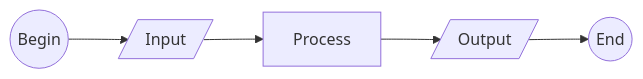
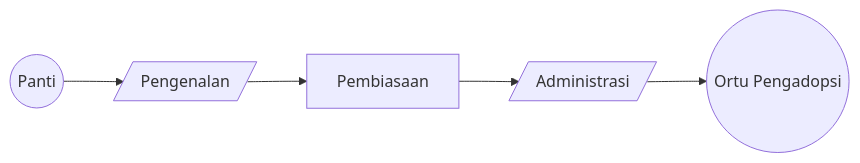
The second of 2 diagrams in content/notes/hello-world.md (ayodyaadhi01/lecture-notes), drawn with Mermaid before and after one commit. The commit also changed other lines of this file, not shown here.

```diff
--- a/content/notes/hello-world.md
+++ b/content/notes/hello-world.md
@@ -69,9 +69,9 @@
 {{< mermaid >}}
 flowchart LR
   B --> I --> P --> O --> E
-  B(("Begin"))
-  I[/"Input"/]
-  P["Process"]
-  O[/"Output"/]
-  E(("End"))
+  B(("Panti"))
+  I[/"Pengenalan"/]
+  P["Pembiasaan"]
+  O[/"Administrasi"/]
+  E(("Ortu Pengadopsi"))
 {{< /mermaid >}}
```
